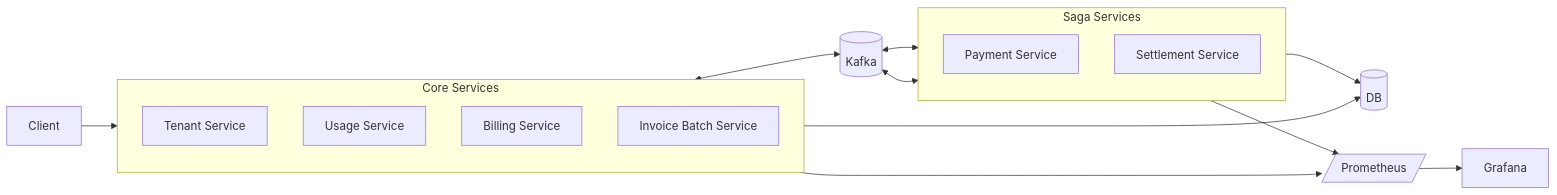
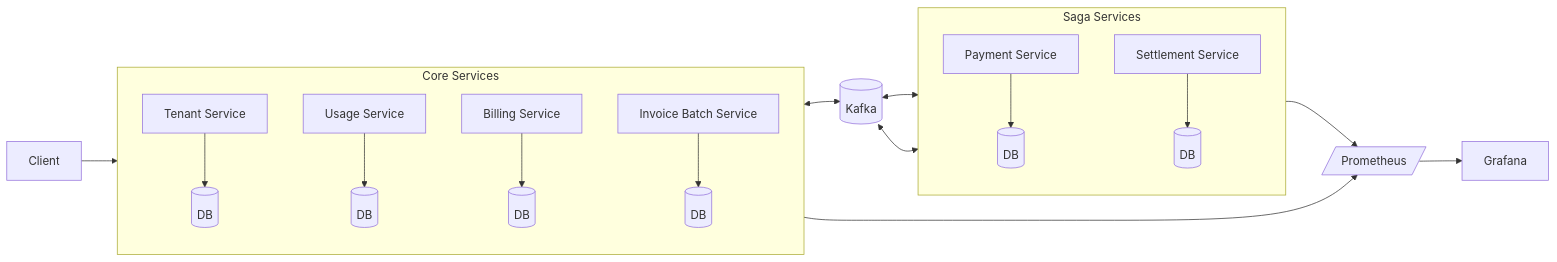
One commit to MustafaBulu/billing-platform-parent changed the diagram in README.md. Above: the diagram before and after it, drawn with Mermaid.

Commit message:
docs: add per-service DB icons in architecture diagram

````diff
--- a/README.md
+++ b/README.md
@@ -50,29 +50,26 @@
 ```mermaid
 flowchart LR
     C[Client] --> CORE
 
     subgraph CORE[Core Services]
         direction TB
-        T[Tenant Service]
-        U[Usage Service]
-        B[Billing Service]
-        I[Invoice Batch Service]
+        T[Tenant Service] --> TDB[(DB)]
+        U[Usage Service] --> UDB[(DB)]
+        B[Billing Service] --> BDB[(DB)]
+        I[Invoice Batch Service] --> IDB[(DB)]
     end
 
     subgraph SAGA[Saga Services]
         direction TB
-        P[Payment Service]
-        S[Settlement Service]
+        P[Payment Service] --> PDB[(DB)]
+        S[Settlement Service] --> SDB[(DB)]
     end
 
     I <--> K[(Kafka)]
     K <--> P
     K <--> S
 
-    CORE --> DB[(DB)]
-    SAGA --> DB
-
     CORE --> PR[/Prometheus/]
     SAGA --> PR
     PR --> G[Grafana]
 ```
````
